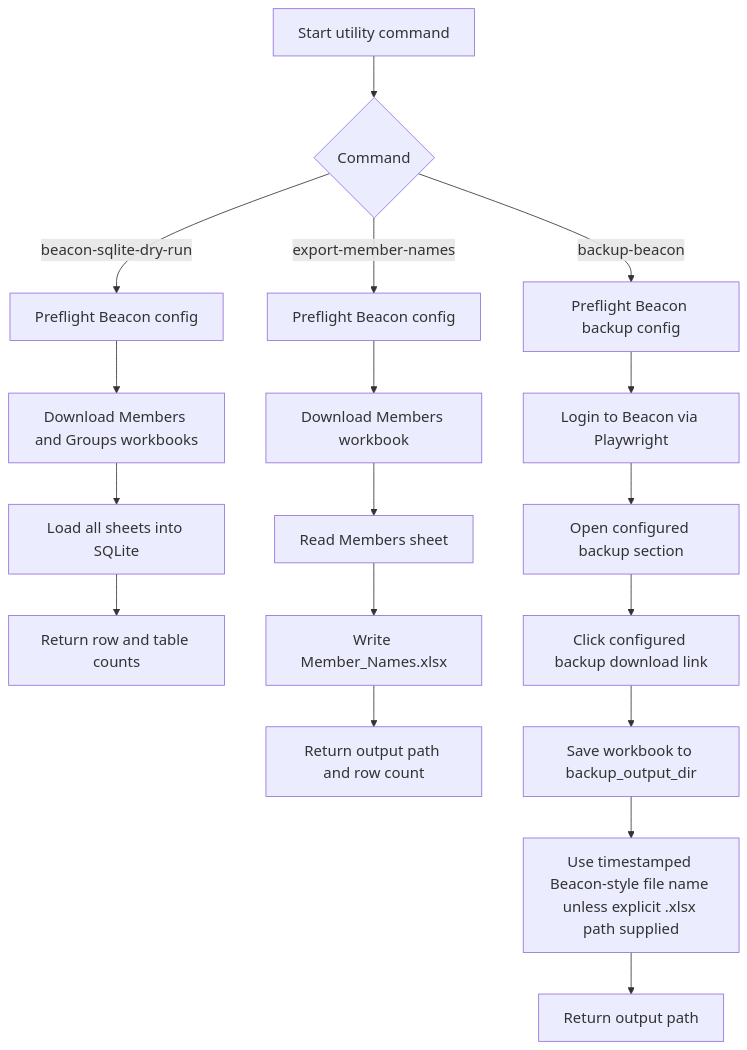
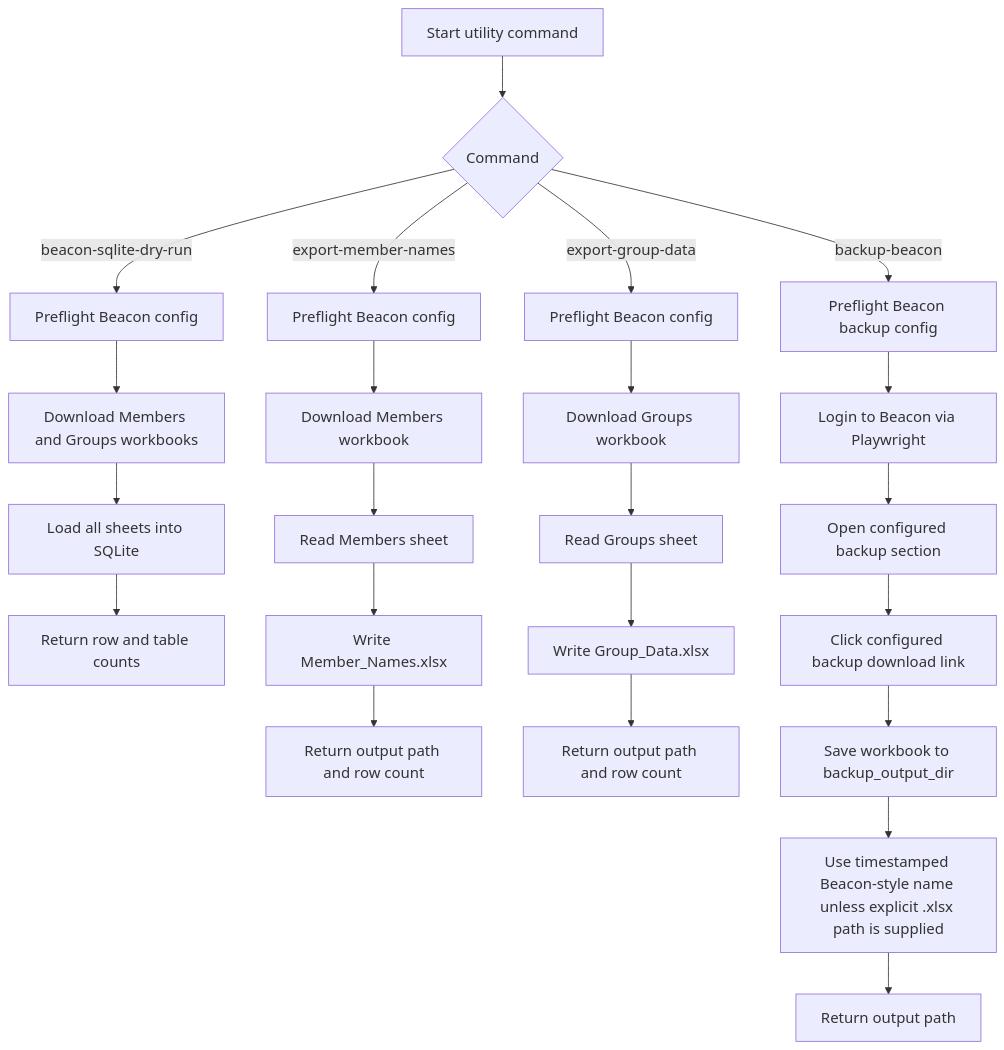
Before and after one commit to PetersfieldU3A/BeaconUtilities: the third of 3 diagrams in docs/Appendices/4_ProcessFlow.md, drawn with Mermaid. The commit also changed other lines of this file and 21 other files, not shown here.

````diff
--- a/docs/Appendices/4_ProcessFlow.md
+++ b/docs/Appendices/4_ProcessFlow.md
@@ -52,24 +55,30 @@
 ```mermaid
 %%{init: {"themeVariables": {"fontSize": "18px"}}}%%
 graph TD
     A[Start utility command] --> B{Command}
     B -->|beacon-sqlite-dry-run| C[Preflight Beacon config]
     B -->|export-member-names| D[Preflight Beacon config]
-    B -->|backup-beacon| E[Preflight Beacon backup config]
+    B -->|export-group-data| E[Preflight Beacon config]
+    B -->|backup-beacon| F[Preflight Beacon backup config]
 
-    C --> F[Download Members and Groups workbooks]
-    F --> G[Load all sheets into SQLite]
-    G --> H[Return row and table counts]
+    C --> G[Download Members and Groups workbooks]
+    G --> H[Load all sheets into SQLite]
+    H --> I[Return row and table counts]
 
-    D --> I[Download Members workbook]
-    I --> J[Read Members sheet]
-    J --> K[Write Member_Names.xlsx]
-    K --> L[Return output path and row count]
+    D --> J[Download Members workbook]
+    J --> K[Read Members sheet]
+    K --> L[Write Member_Names.xlsx]
+    L --> M[Return output path and row count]
 
-    E --> M[Login to Beacon via Playwright]
-    M --> N[Open configured backup section]
-    N --> O[Click configured backup download link]
-    O --> P[Save workbook to backup_output_dir]
-    P --> Q[Use timestamped Beacon-style file name unless explicit .xlsx path supplied]
-    Q --> R[Return output path]
+    E --> N[Download Groups workbook]
+    N --> O[Read Groups sheet]
+    O --> P[Write Group_Data.xlsx]
+    P --> Q[Return output path and row count]
+
+    F --> R[Login to Beacon via Playwright]
+    R --> S[Open configured backup section]
+    S --> T[Click configured backup download link]
+    T --> U[Save workbook to backup_output_dir]
+    U --> V[Use timestamped Beacon-style name unless explicit .xlsx path is supplied]
+    V --> W[Return output path]
 ```
````
